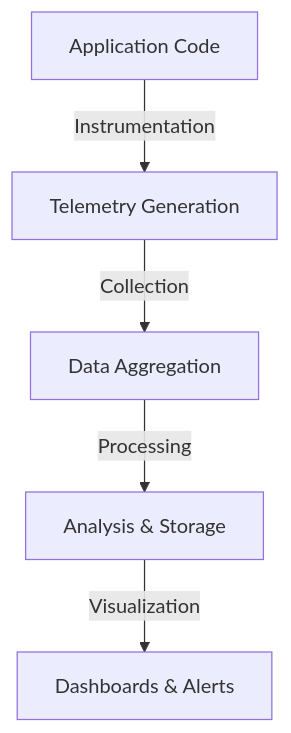
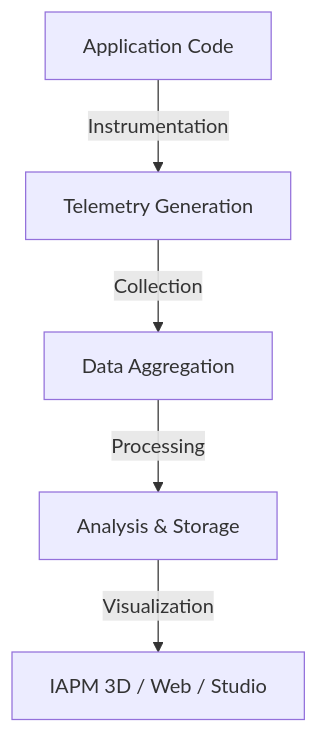
The diagram in docs/Resources/Terms-and-Concepts/APM/index.md (ImmersiveFusion/if-apm-documentation-http), drawn with Mermaid before and after one commit. The commit also changed other lines of this file and 63 other files, not shown here.

````diff
--- a/docs/Resources/Terms-and-Concepts/APM/index.md
+++ b/docs/Resources/Terms-and-Concepts/APM/index.md
@@ -55,7 +16,7 @@
 ```mermaid
 graph TD
     A[Application Code] -->|Instrumentation| B[Telemetry Generation]
     B -->|Collection| C[Data Aggregation]
     C -->|Processing| D[Analysis & Storage]
-    D -->|Visualization| E[Dashboards & Alerts]
+    D -->|Visualization| E[IAPM 3D / Web / Studio]
 ```
````
